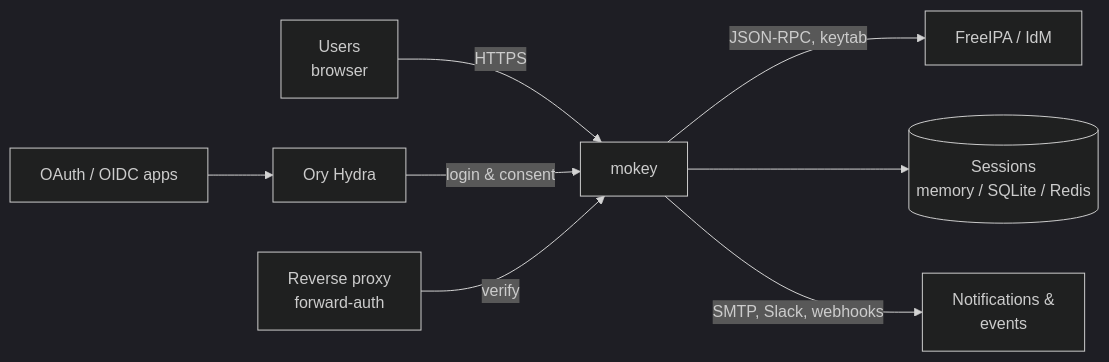
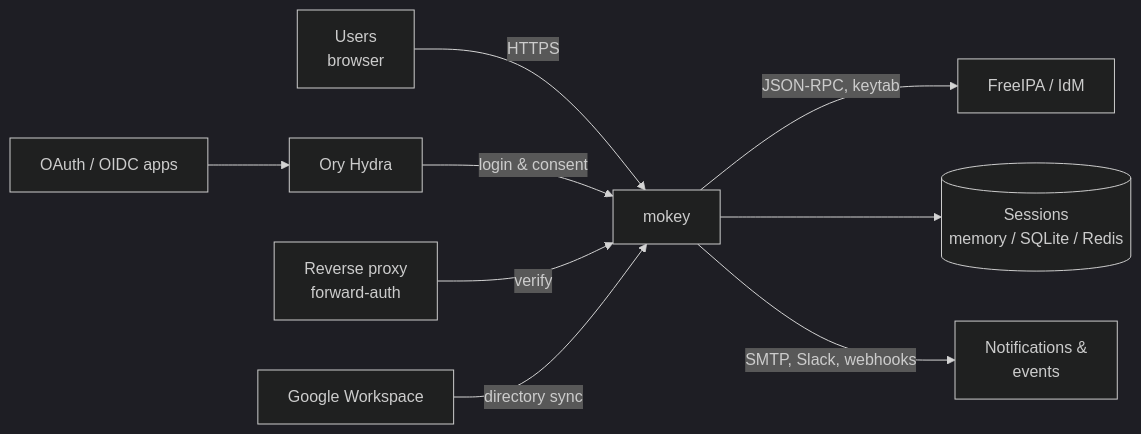
The diagram in README.md (neverlless/mokey), drawn with Mermaid (dark theme) before and after one commit. The commit also changed other lines of this file and 1 other file, not shown here.

Commit message:
docs: directory sync in the README and on the docs home

````diff
--- a/README.md
+++ b/README.md
@@ -39,10 +40,11 @@
 ```mermaid
 flowchart LR
     U[Users<br/>browser] -->|HTTPS| M[mokey]
     A[OAuth / OIDC apps] --> H[Ory Hydra]
     H -->|login & consent| M
     P[Reverse proxy<br/>forward-auth] -->|verify| M
     M -->|JSON-RPC, keytab| I[FreeIPA / IdM]
     M --> S[(Sessions<br/>memory / SQLite / Redis)]
     M -->|SMTP, Slack, webhooks| N[Notifications &<br/>events]
+    G[Google Workspace] -->|directory sync| M
 ```
````
